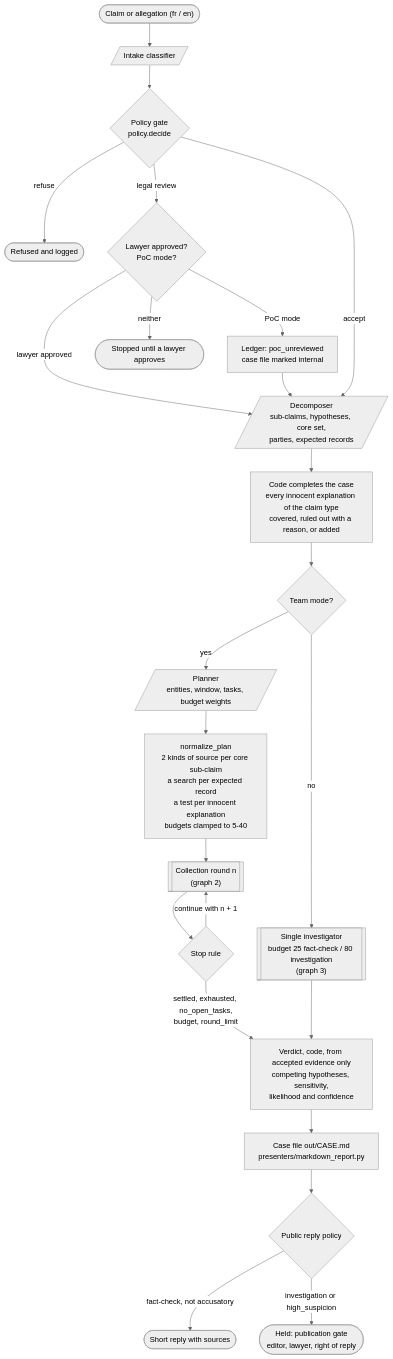
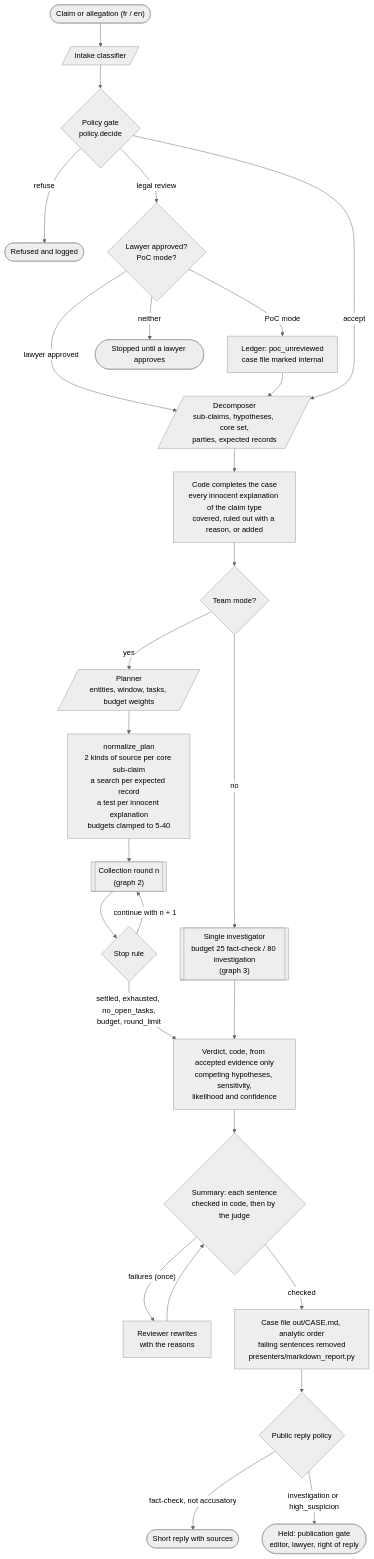
Before and after one commit to diya-thabet/Caligula: the first of 5 diagrams in docs/agent.md, drawn with Mermaid (neutral theme). The commit also changed other lines of this file and 4 other files, not shown here.

First line of the commit message:
docs: the analytic case file and the sentence-level citation check

````diff
--- a/docs/agent.md
+++ b/docs/agent.md
@@ -36,26 +36,29 @@
 ```mermaid
 flowchart TD
     REQ(["Claim or allegation (fr / en)"]) --> CLS[/"Intake classifier"/]
     CLS --> GATE{"Policy gate<br/>policy.decide"}
     GATE -- refuse --> REF(["Refused and logged"])
     GATE -- "legal review" --> LR{"Lawyer approved?<br/>PoC mode?"}
     LR -- "lawyer approved" --> DEC
     LR -- "PoC mode" --> POC["Ledger: poc_unreviewed<br/>case file marked internal"]
     POC --> DEC
     LR -- neither --> HALT(["Stopped until a lawyer approves"])
     GATE -- accept --> DEC[/"Decomposer<br/>sub-claims, hypotheses, core set,<br/>parties, expected records"/]
     DEC --> INNO["Code completes the case<br/>every innocent explanation of the claim type<br/>covered, ruled out with a reason, or added"]
     INNO --> MODE{"Team mode?"}
     MODE -- no --> SINGLE[["Single investigator<br/>budget 25 fact-check / 80 investigation<br/>(graph 3)"]]
     MODE -- yes --> PLAN[/"Planner<br/>entities, window, tasks, budget weights"/]
     PLAN --> NORM["normalize_plan<br/>2 kinds of source per core sub-claim<br/>a search per expected record<br/>a test per innocent explanation<br/>budgets clamped to 5-40"]
     NORM --> ROUND[["Collection round n<br/>(graph 2)"]]
     ROUND --> STOP{"Stop rule"}
     STOP -- "continue with n + 1" --> ROUND
     STOP -- "settled, exhausted, no_open_tasks,<br/>budget, round_limit" --> VER
     SINGLE --> VER["Verdict, code, from accepted evidence only<br/>competing hypotheses, sensitivity,<br/>likelihood and confidence"]
-    VER --> REP["Case file out/CASE.md<br/>presenters/markdown_report.py"]
+    VER --> CITE{"Summary: each sentence<br/>checked in code, then by the judge"}
+    CITE -- "failures (once)" --> RW["Reviewer rewrites<br/>with the reasons"]
+    RW --> CITE
+    CITE -- "checked" --> REP["Case file out/CASE.md, analytic order<br/>failing sentences removed<br/>presenters/markdown_report.py"]
     REP --> REPLY{"Public reply policy"}
     REPLY -- "fact-check, not accusatory" --> PUB(["Short reply with sources"])
     REPLY -- "investigation or high_suspicion" --> HOLD(["Held: publication gate<br/>editor, lawyer, right of reply"])
 ```
````
